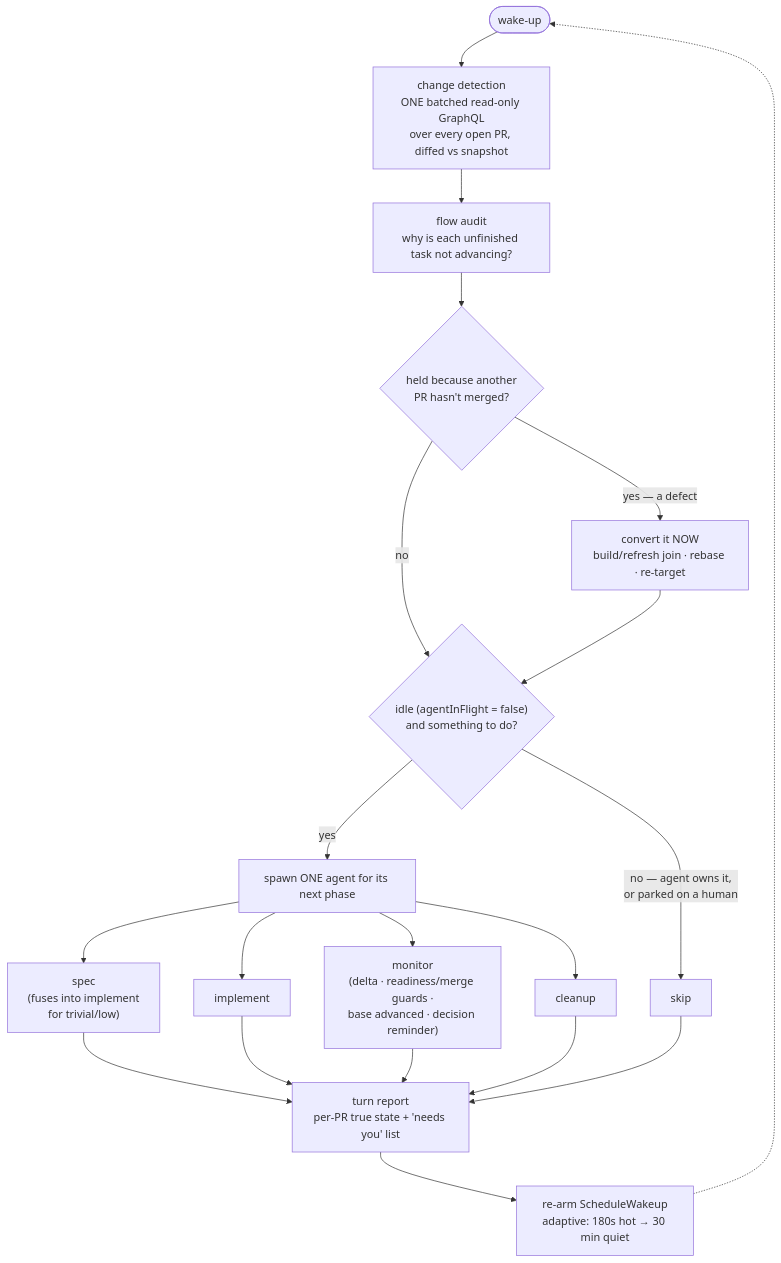
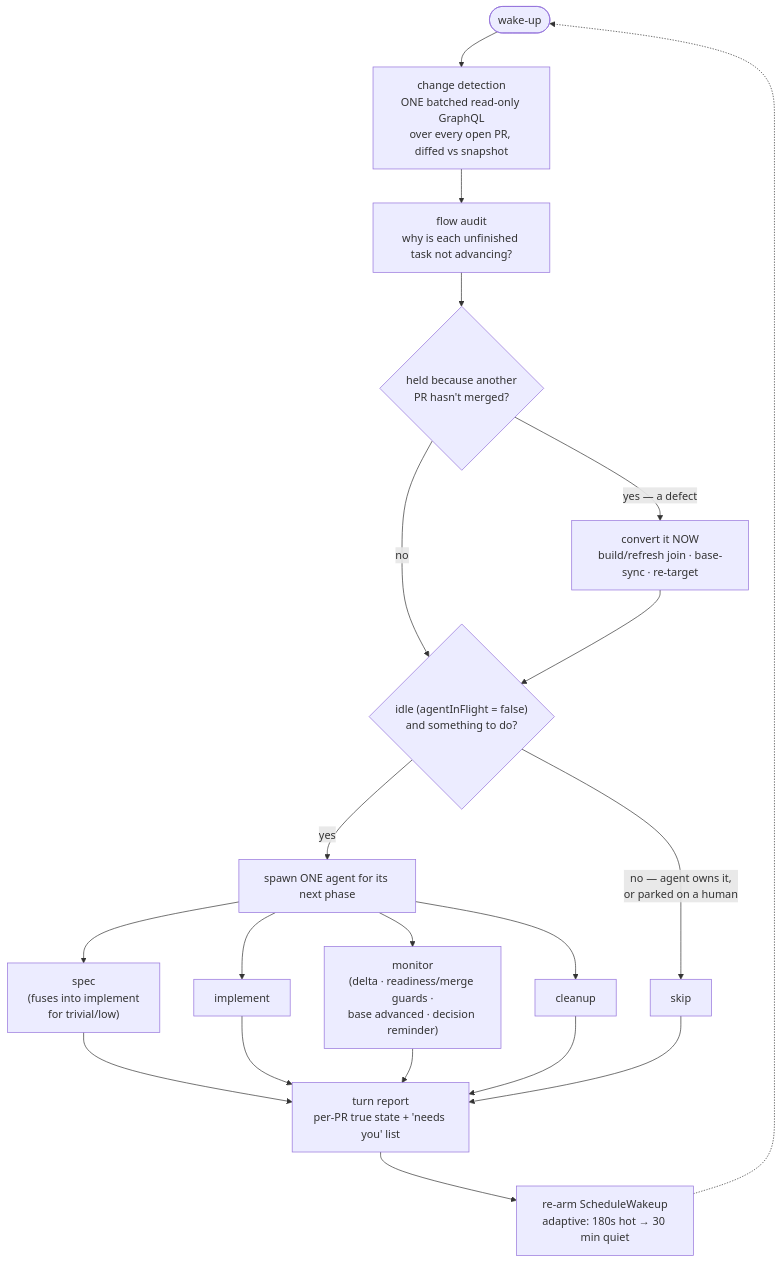
One commit to hugo-hsbtech/hsb-plugin-marketplace changed the fifth of 9 diagrams in plugins/cadence/README.md. Above: the diagram before and after it, drawn with Mermaid. The commit also changed other lines of this file and 9 other files, not shown here.

````diff
--- a/plugins/cadence/README.md
+++ b/plugins/cadence/README.md
@@ -368,19 +369,19 @@
 ```mermaid
 flowchart TD
   W(["wake-up"]) --> CD["change detection<br/>ONE batched read-only GraphQL<br/>over every open PR, diffed vs snapshot"]
   CD --> FA["flow audit<br/>why is each unfinished task not advancing?"]
   FA --> Q{"held because another<br/>PR hasn't merged?"}
-  Q -->|"yes — a defect"| CONV["convert it NOW<br/>build/refresh join · rebase · re-target"]
+  Q -->|"yes — a defect"| CONV["convert it NOW<br/>build/refresh join · base-sync · re-target"]
   Q -->|no| G{"idle (agentInFlight = false)<br/>and something to do?"}
   CONV --> G
   G -->|"no — agent owns it,<br/>or parked on a human"| SKIP["skip"]
   G -->|yes| SP["spawn ONE agent for its next phase"]
   SP --> A1["spec<br/>(fuses into implement<br/>for trivial/low)"]
   SP --> A2["implement"]
   SP --> A3["monitor<br/>(delta · readiness/merge guards ·<br/>base advanced · decision reminder)"]
   SP --> A4["cleanup"]
   A1 & A2 & A3 & A4 --> RPT
   SKIP --> RPT["turn report<br/>per-PR true state + 'needs you' list"]
   RPT --> RE["re-arm ScheduleWakeup<br/>adaptive: 180s hot → 30 min quiet"]
   RE -.-> W
 ```
````
